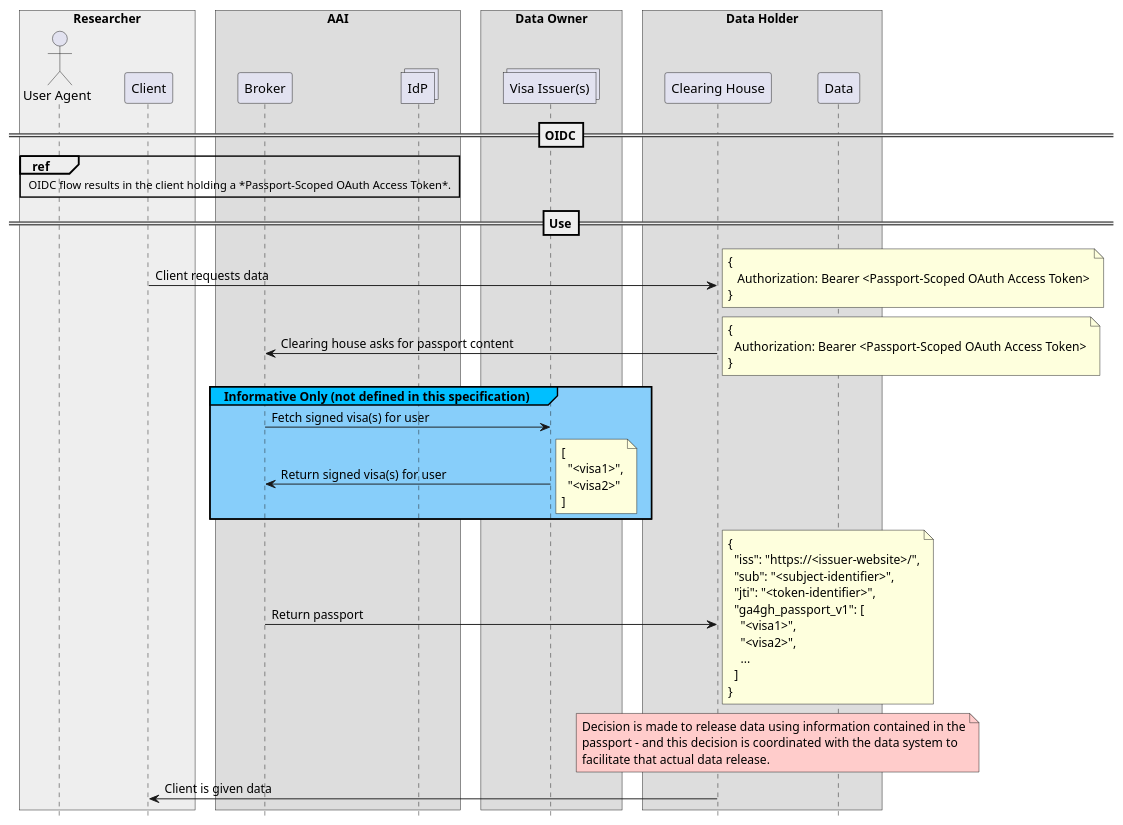
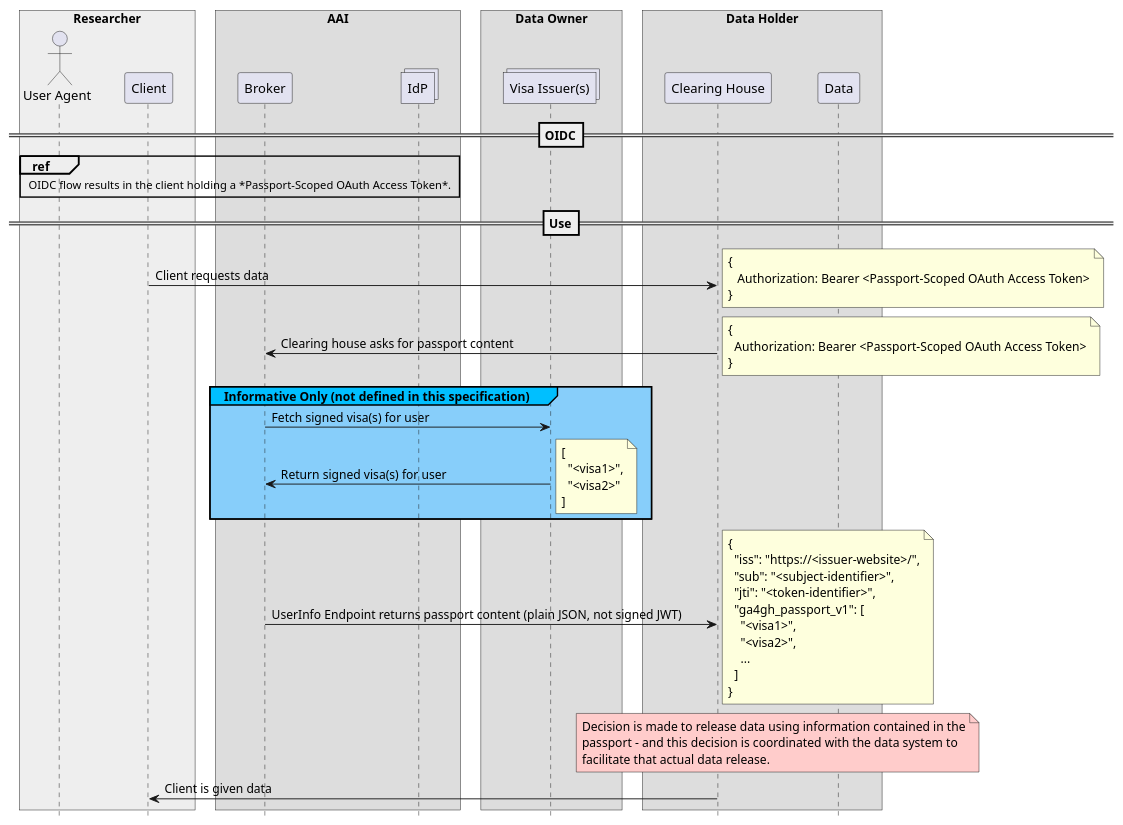
Before and after one commit to ga4gh/data-security: the third of 4 diagrams in AAI/AAIConnectProfile.md, drawn with PlantUML. The commit also changed other lines of this file, not shown here.

Commit message:
Tightened wording in sequence diagrams

```diff
--- a/AAI/AAIConnectProfile.md
+++ b/AAI/AAIConnectProfile.md
@@ -946,83 +946,83 @@
 {% plantuml %}
 
 hide footbox
 skinparam BoxPadding 10
 skinparam ParticipantPadding 20
 
 box "Researcher"  #eee
 actor       "User Agent"                as user
 participant Client                      as client
 end box
 
 box "AAI"
 participant Broker                      as broker
 collections "IdP"                       as idps
 end box
 
 box "Data Owner"
 collections "Visa Issuer(s)"            as issuers
 end box
 
 box "Data Holder"
 participant "Clearing House"            as clearing
 participant "Data"                      as data
 end box
 
 ==OIDC==
 
 ref over user, client, broker, idps
 OIDC flow results in the client holding a *Passport-Scoped OAuth Access Token*.
 end ref
 
 ==Use==
 
 client -> clearing : Client requests data
 note right 
 {
    Authorization: Bearer <Passport-Scoped OAuth Access Token>
 }
 end note
 
 clearing -> broker : Clearing house asks for passport content
 note right 
 {
   Authorization: Bearer <Passport-Scoped OAuth Access Token>
 }
 end note
 
 group#DeepSkyBlue #LightSkyBlue Informative Only (not defined in this specification)
     broker -> issuers : Fetch signed visa(s) for user
     broker <- issuers : Return signed visa(s) for user
     note right
     [
       "<visa1>",
       "<visa2>"
     ]
     end note
 end
 
-clearing <- broker : Return passport
+clearing <- broker : UserInfo Endpoint returns passport content (plain JSON, not signed JWT)
 note right
 {
   "iss": "https://<issuer-website>/",
   "sub": "<subject-identifier>",
   "jti": "<token-identifier>",
   "ga4gh_passport_v1": [
     "<visa1>",
     "<visa2>",
     ...
   ]
 }
 end note
 
 
 note over clearing, data  #FFCCCB
 Decision is made to release data using information contained in the
 passport - and this decision is coordinated with the data system to
 facilitate that actual data release.
 end note
 
 client <- clearing : Client is given data
 
 
 {% endplantuml %}
```
